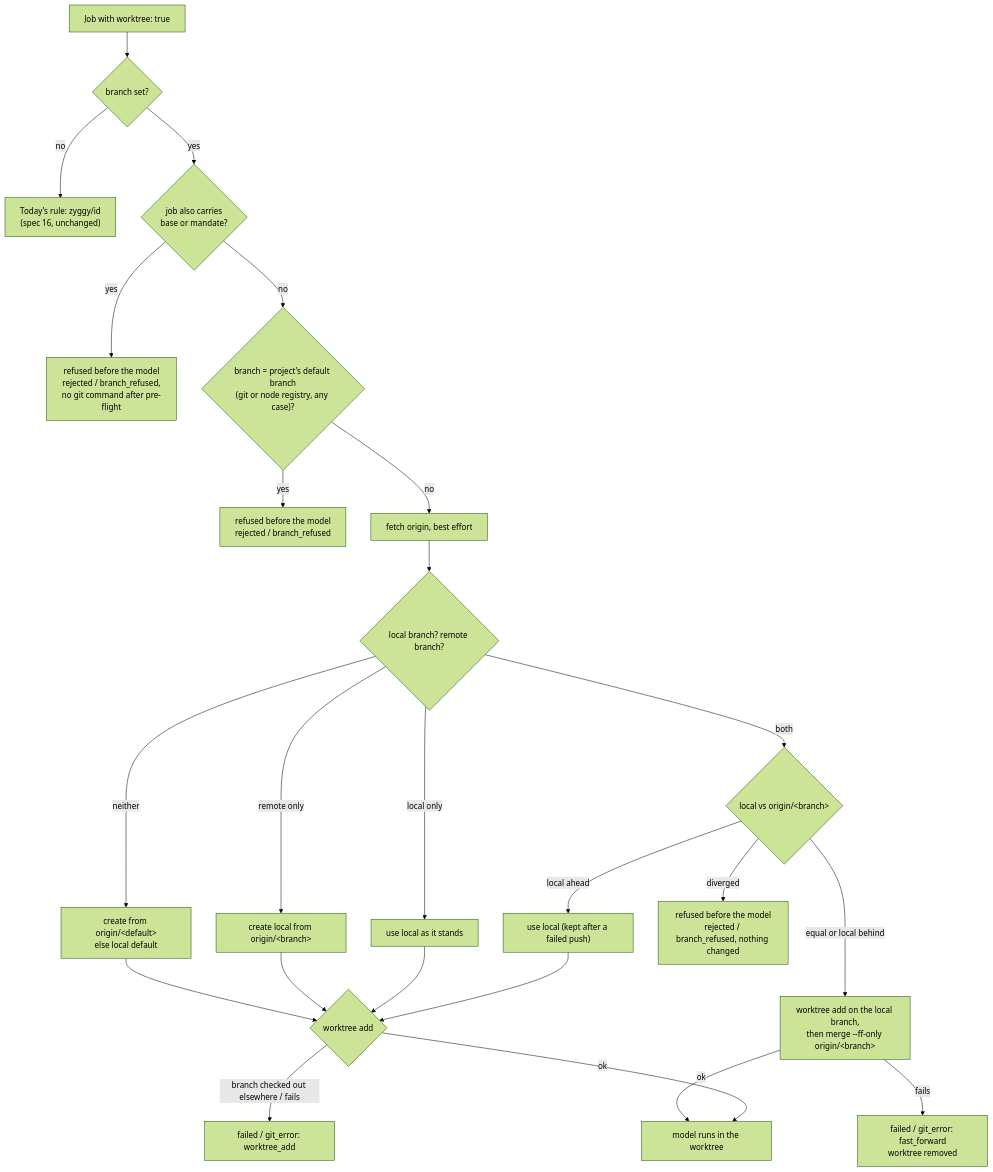
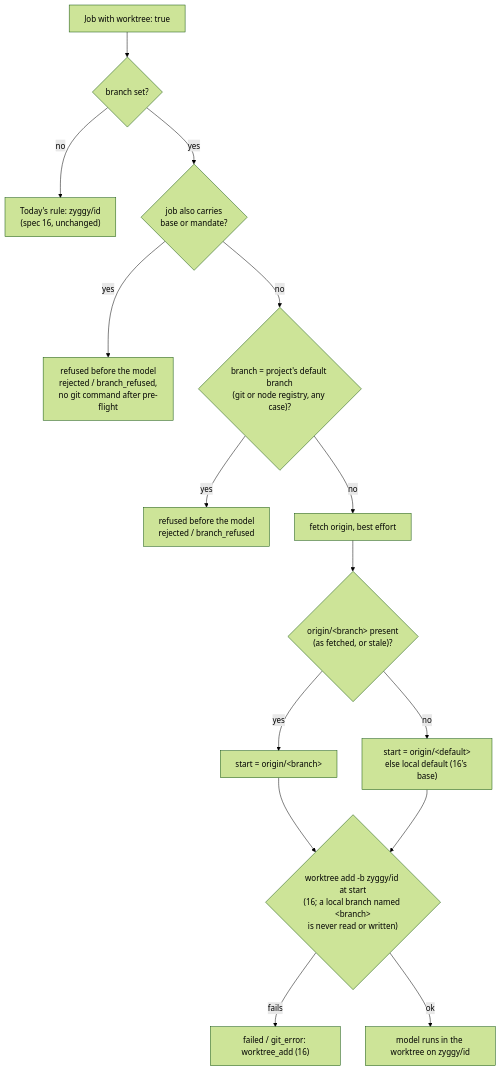
The third of 5 diagrams in _specs/53-job-branch-name.md (zyggy-org/zyggy), drawn with Mermaid (forest theme) before and after one commit. The commit also changed other lines of this file, not shown here.

Commit message:
zyggy job 01M7MXV2G55EM7ABCWAE092FNJ

````diff
--- a/_specs/53-job-branch-name.md
+++ b/_specs/53-job-branch-name.md
@@ -107,26 +112,17 @@
 ```mermaid
 flowchart TD
   start[Job with worktree: true] --> named{branch set?}
   named -- no --> today["Today's rule: zyggy/id<br/>(spec 16, unchanged)"]
   named -- yes --> mand{"job also carries<br/>base or mandate?"}
   mand -- yes --> refuse0["refused before the model<br/>rejected / branch_refused,<br/>no git command after pre-flight"]
   mand -- no --> dflt{"branch = project's default branch<br/>(git or node registry, any case)?"}
   dflt -- yes --> refuse1["refused before the model<br/>rejected / branch_refused"]
   dflt -- no --> fetch[fetch origin, best effort]
-  fetch --> where{"local branch? remote branch?"}
-  where -- neither --> create["create from origin/&lt;default&gt;<br/>else local default"]
-  where -- remote only --> fromremote["create local from origin/&lt;branch&gt;"]
-  where -- local only --> uselocal["use local as it stands"]
-  where -- both --> rel{"local vs origin/&lt;branch&gt;"}
-  rel -- equal or local behind --> ff["worktree add on the local branch,<br/>then merge --ff-only origin/&lt;branch&gt;"]
-  ff -- fails --> refuse4["failed / git_error: fast_forward<br/>worktree removed"]
-  ff -- ok --> run
-  rel -- local ahead --> keep["use local (kept after a failed push)"]
-  rel -- diverged --> refuse2["refused before the model<br/>rejected / branch_refused, nothing changed"]
-  create --> add{"worktree add"}
-  fromremote --> add
-  uselocal --> add
-  keep --> add
-  add -- branch checked out elsewhere / fails --> refuse3["failed / git_error: worktree_add"]
-  add -- ok --> run[model runs in the worktree]
+  fetch --> where{"origin/&lt;branch&gt; present<br/>(as fetched, or stale)?"}
+  where -- yes --> fromremote["start = origin/&lt;branch&gt;"]
+  where -- no --> fromdefault["start = origin/&lt;default&gt;<br/>else local default (16's base)"]
+  fromremote --> add{"worktree add -b zyggy/id at start<br/>(16; a local branch named &lt;branch&gt;<br/>is never read or written)"}
+  fromdefault --> add
+  add -- fails --> refuse3["failed / git_error: worktree_add (16)"]
+  add -- ok --> run[model runs in the worktree on zyggy/id]
 ```
````
